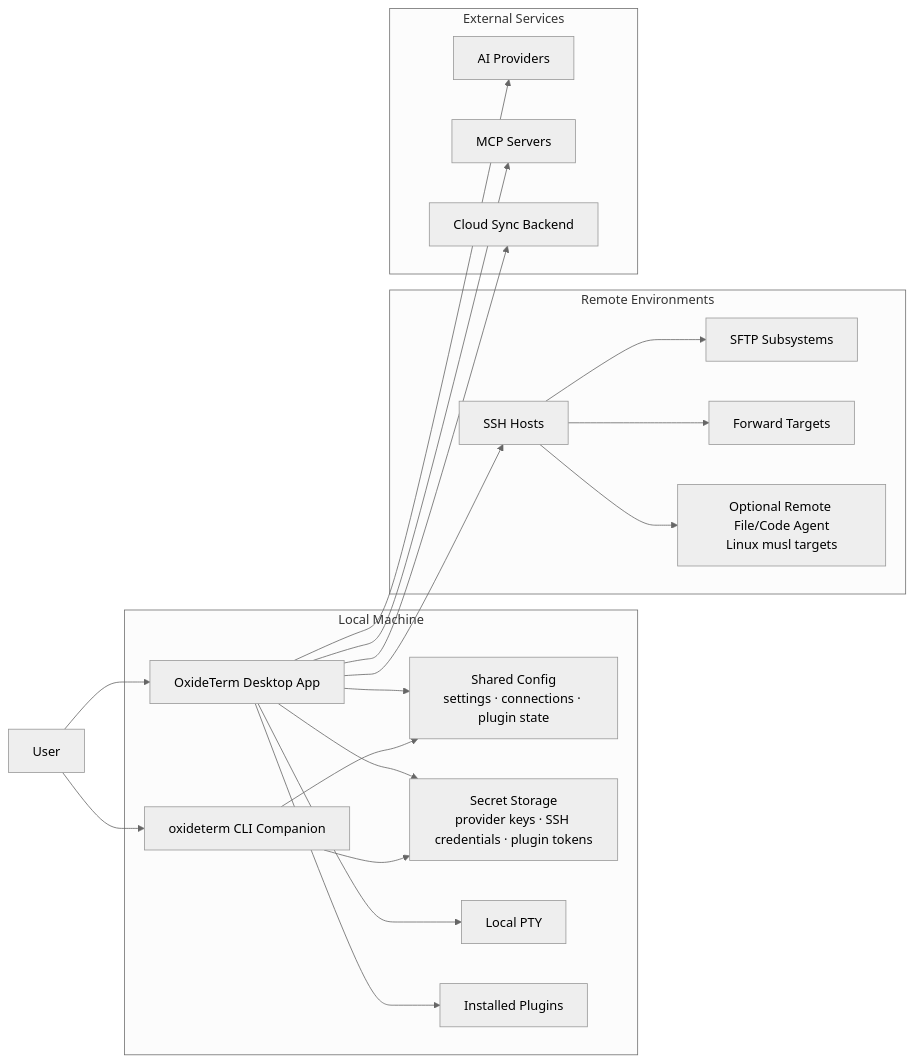
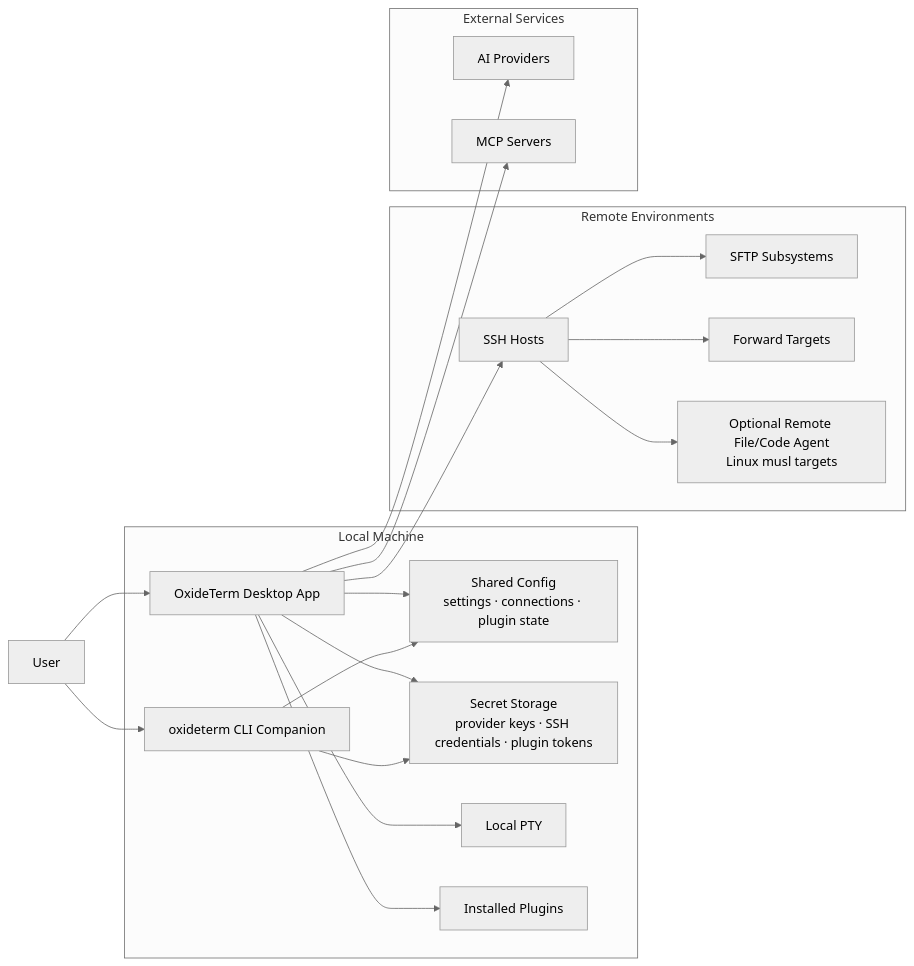
The second of 14 diagrams in docs/user-guide/en/architecture.md (imeilige/oxideterm), drawn with Mermaid (neutral theme) before and after one commit. The commit also changed other lines of this file and 171 other files, not shown here.

Commit message:
v2.2.8: Remove cloud sync and relocate the oxide plugin settings store

````diff
--- a/docs/user-guide/en/architecture.md
+++ b/docs/user-guide/en/architecture.md
@@ -157,41 +155,39 @@
 ```mermaid
 flowchart LR
     User["User"] --> App["OxideTerm Desktop App"]
     User --> Cli["oxideterm CLI Companion"]
 
     subgraph Local["Local Machine"]
         App
         Cli
         Config["Shared Config<br/>settings · connections · plugin state"]
         Secrets["Secret Storage<br/>provider keys · SSH credentials · plugin tokens"]
         Pty["Local PTY"]
         Plugins["Installed Plugins"]
     end
 
     subgraph Remote["Remote Environments"]
         SshHost["SSH Hosts"]
         SftpHost["SFTP Subsystems"]
         RemotePorts["Forward Targets"]
         Agent["Optional Remote File/Code Agent<br/>Linux musl targets"]
     end
 
     subgraph External["External Services"]
         AiProviders["AI Providers"]
         McpServers["MCP Servers"]
-        SyncBackend["Cloud Sync Backend"]
     end
 
     App --> Config
     Cli --> Config
     App --> Secrets
     Cli --> Secrets
     App --> Pty
     App --> Plugins
     App --> SshHost
     SshHost --> SftpHost
     SshHost --> RemotePorts
     SshHost --> Agent
     App --> AiProviders
     App --> McpServers
-    App --> SyncBackend
 ```
````
